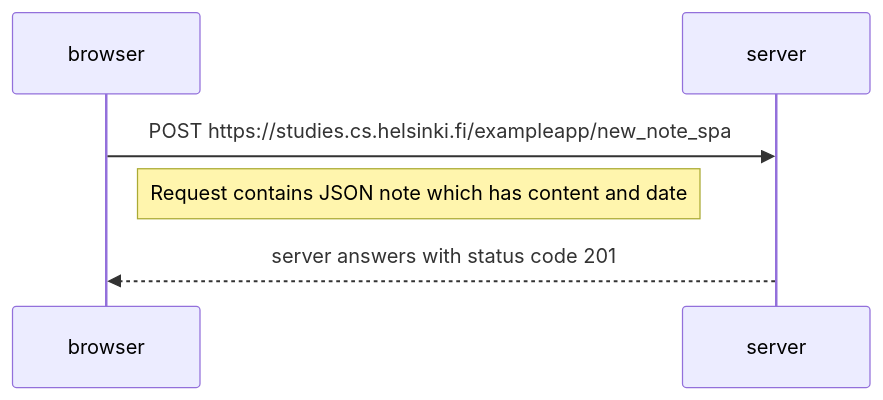
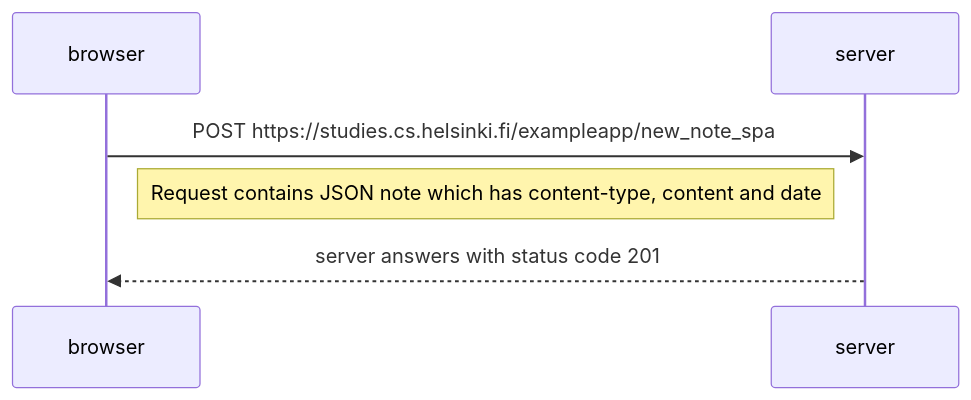
The diagram in Tehtävä 0.6.md (Waltter2211/Full-stack-palautus), drawn with Mermaid before and after one commit.

Commit message:
Update Tehtävä 0.6.md

````diff
--- a/Tehtävä 0.6.md
+++ b/Tehtävä 0.6.md
@@ -1,9 +1,9 @@
 ```mermaid
 sequenceDiagram
     participant browser
     participant server
     
     browser->>server: POST https://studies.cs.helsinki.fi/exampleapp/new_note_spa
-    Note right of browser: Request contains JSON note which has content and date
+    Note right of browser: Request contains JSON note which has content-type, content and date
     server-->>browser: server answers with status code 201
 ```
````
